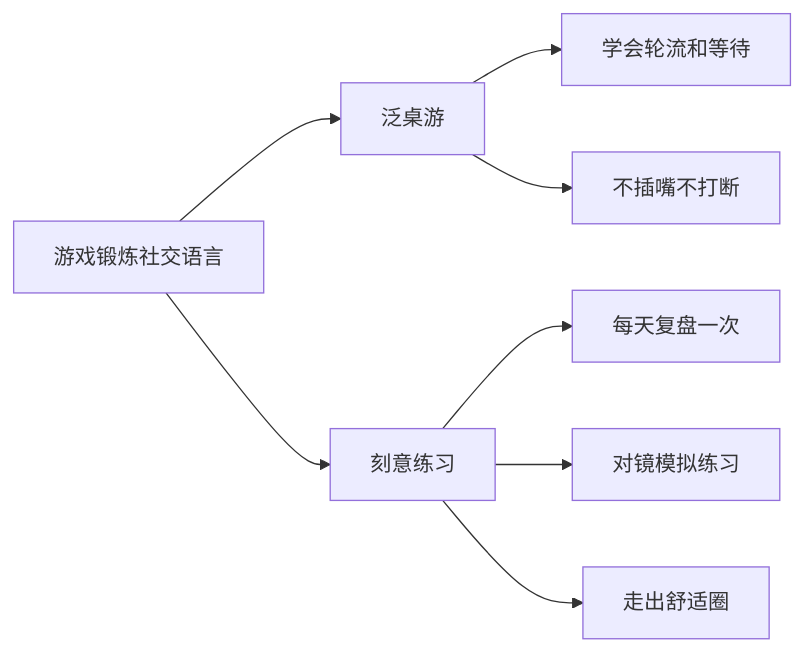
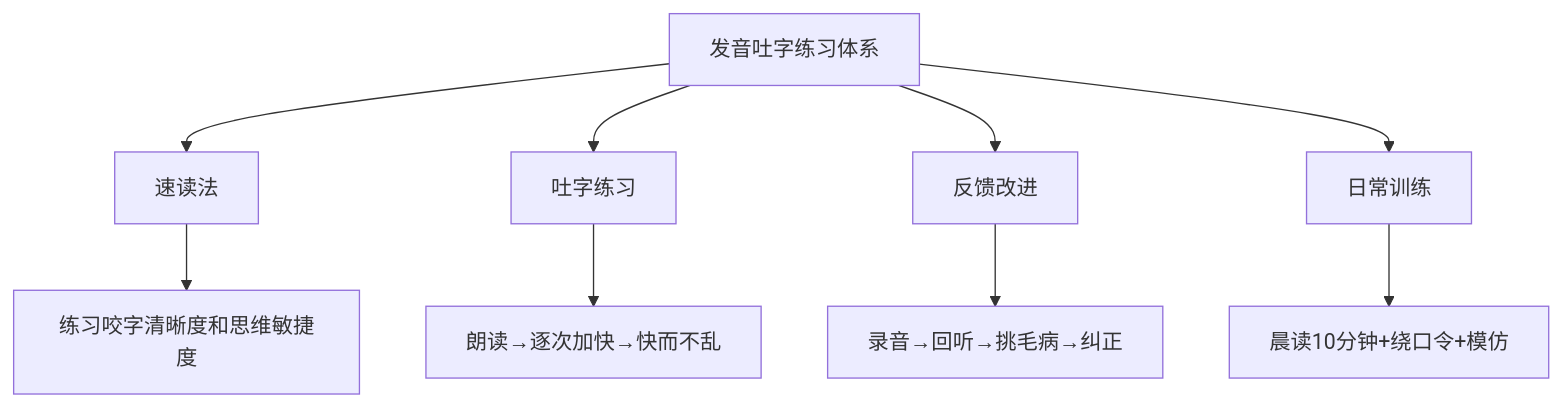
The fifth of 11 diagrams in 10.自我进阶提升书/06.语言沟通的演进/6.1语言底蕴的提升.md (chongyang211/YCBookBlog), drawn with Mermaid before and after one commit. The commit also changed other lines of this file and 8 other files, not shown here.

````diff
--- a/10.自我进阶提升书/06.语言沟通的演进/6.1语言底蕴的提升.md
+++ b/10.自我进阶提升书/06.语言沟通的演进/6.1语言底蕴的提升.md
@@ -118,10 +163,11 @@
 ```mermaid
-graph LR
-    A[游戏锻炼社交语言] --> B[泛桌游]
-    A --> C[刻意练习]
-    B --> B1[学会轮流和等待]
-    B --> B2[不插嘴不打断]
-    C --> C1[每天复盘一次]
-    C --> C2[对镜模拟练习]
-    C --> C3[走出舒适圈]
+graph TD
+    A[发音吐字练习体系] --> B[速读法]
+    A --> C[吐字练习]
+    A --> D[反馈改进]
+    A --> E[日常训练]
+    B --> B1[练习咬字清晰度和思维敏捷度]
+    C --> C1[朗读→逐次加快→快而不乱]
+    D --> D1[录音→回听→挑毛病→纠正]
+    E --> E1[晨读10分钟+绕口令+模仿]
 ```
````
